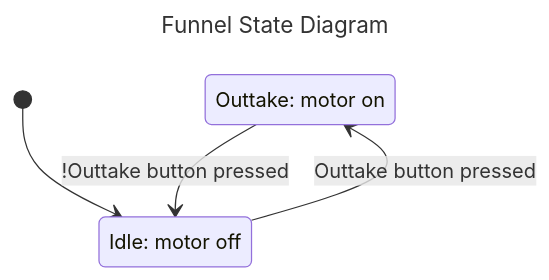
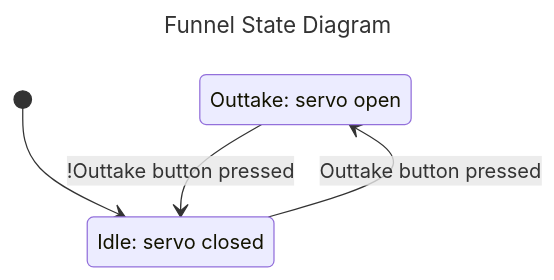
Before and after one commit to beranki/FRC2025: the diagram in doc/FunnelFSM.md, drawn with Mermaid. The commit also changed 71 other files, not shown here.

````diff
--- a/doc/FunnelFSM.md
+++ b/doc/FunnelFSM.md
@@ -3,12 +3,12 @@
 ```mermaid
 ---
 title: Funnel State Diagram
 ---
 stateDiagram-v2
-  state "Outtake: motor on" as OUTTAKE
-  state "Idle: motor off" as IDLE
+  state "Outtake: servo open" as OUTTAKE
+  state "Idle: servo closed" as IDLE
 
   [*] --> IDLE
   IDLE --> OUTTAKE: Outtake button pressed
   OUTTAKE --> IDLE: !Outtake button pressed
 ```
````
